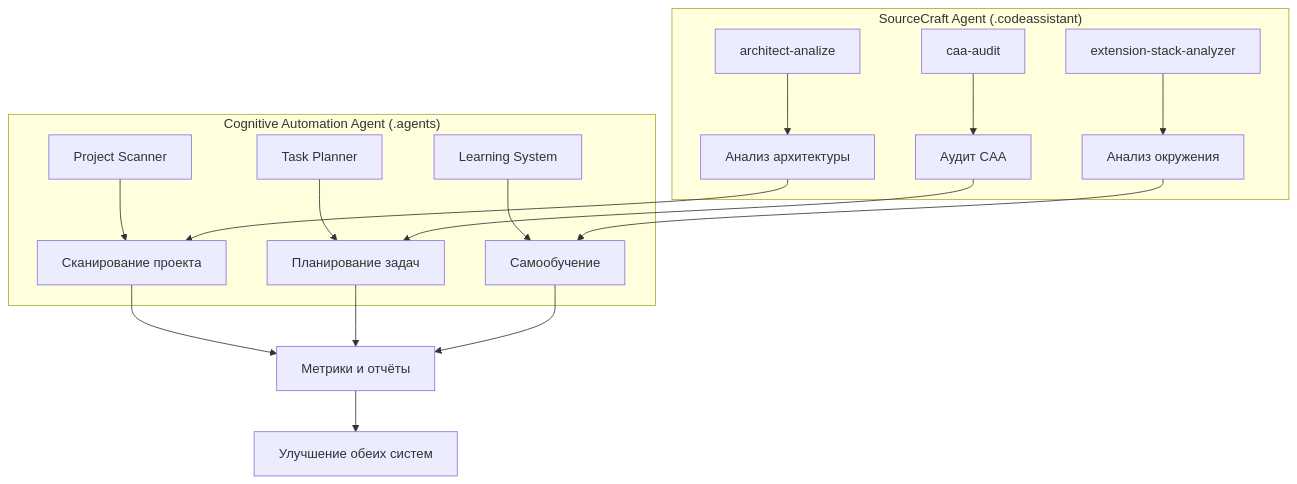
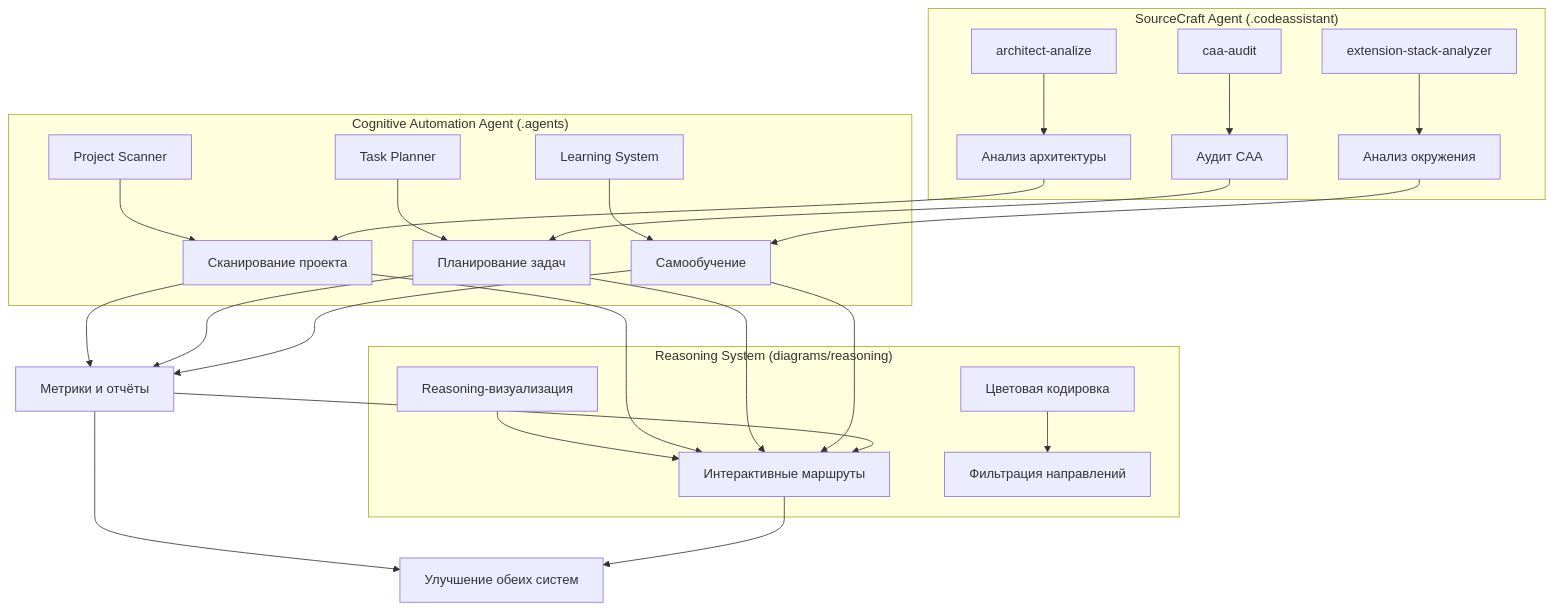
The diagram in ARCHITECTURE.md (Control39/portfolio-system-architect), drawn with Mermaid before and after one commit. The commit also changed other lines of this file and 1 other file, not shown here.

Commit message:
feat(reasoning): Integrate reasoning system with portfolio documentation

````diff
--- a/ARCHITECTURE.md
+++ b/ARCHITECTURE.md
@@ -69,24 +72,33 @@
 ```mermaid
 graph TB
     subgraph "SourceCraft Agent (.codeassistant)"
         A1[architect-analize] --> A2[Анализ архитектуры]
         B1[caa-audit] --> B2[Аудит CAA]
         C1[extension-stack-analyzer] --> C2[Анализ окружения]
     end
     
     subgraph "Cognitive Automation Agent (.agents)"
         D1[Project Scanner] --> D2[Сканирование проекта]
         E1[Task Planner] --> E2[Планирование задач]
         F1[Learning System] --> F2[Самообучение]
     end
     
+    subgraph "Reasoning System (diagrams/reasoning)"
+        R1[Reasoning-визуализация] --> R2[Интерактивные маршруты]
+        R3[Цветовая кодировка] --> R4[Фильтрация направлений]
+    end
+    
     A2 --> D2
     B2 --> E2
     C2 --> F2
-    
     D2 --> G[Метрики и отчёты]
     E2 --> G
     F2 --> G
+    G --> H[Улучшение обеих систем]
     
-    G --> H[Улучшение обеих систем]
+    D2 --> R2
+    E2 --> R2
+    F2 --> R2
+    G --> R2
+    R2 --> H
 ```
````
